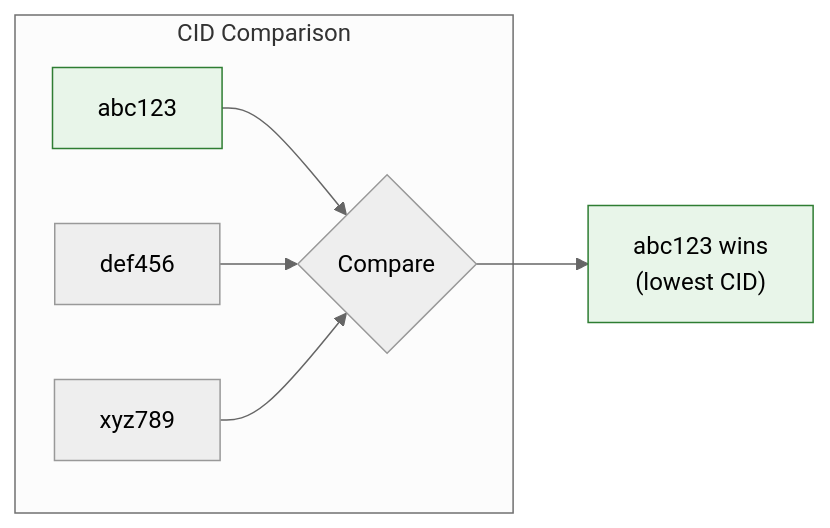
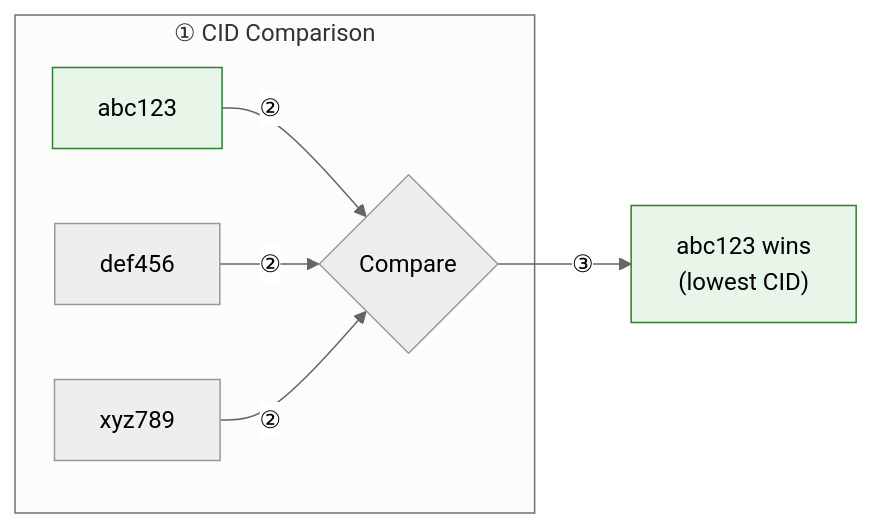
One commit to albertsdk/hsync-client changed the fifth of 6 diagrams in docs/lan-mode.md. Above: the diagram before and after it, drawn with Mermaid (neutral theme). The commit also changed other lines of this file and 21 other files, not shown here.

First line of the commit message:
Add numbered phases to documentation diagrams

````diff
--- a/docs/lan-mode.md
+++ b/docs/lan-mode.md
@@ -350,13 +350,13 @@
 ```mermaid
 flowchart LR
-    subgraph "CID Comparison"
-        A["abc123"] --> COMP{Compare}
-        B["def456"] --> COMP
-        C["xyz789"] --> COMP
+    subgraph "① CID Comparison"
+        A["abc123"] -->|"②"| COMP{Compare}
+        B["def456"] -->|"②"| COMP
+        C["xyz789"] -->|"②"| COMP
     end
 
-    COMP --> RESULT["abc123 wins<br/>(lowest CID)"]
+    COMP -->|"③"| RESULT["abc123 wins<br/>(lowest CID)"]
 
     style A fill:#e8f5e9,stroke:#2e7d32
     style RESULT fill:#e8f5e9,stroke:#2e7d32
 ```
````
